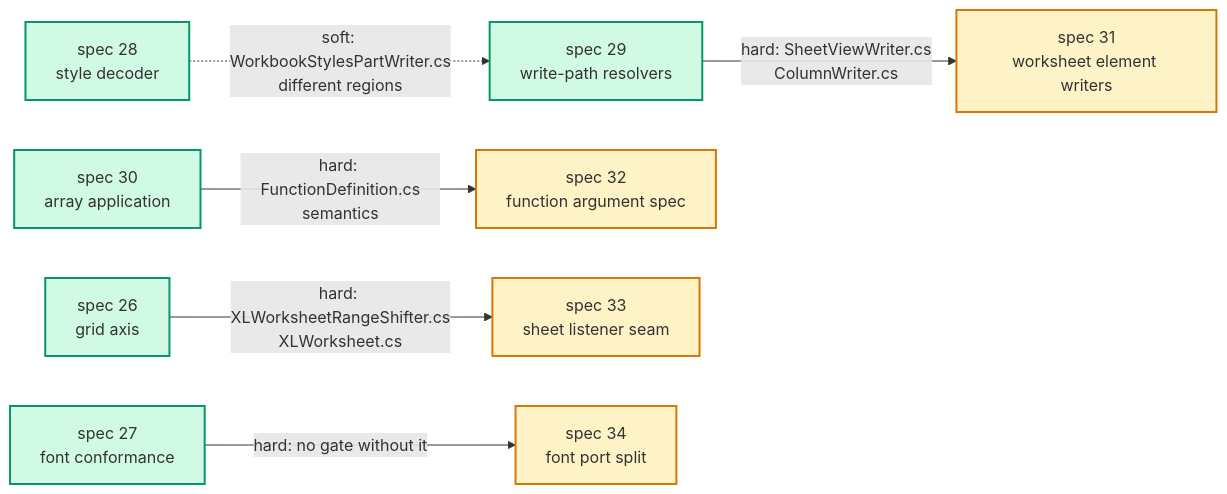
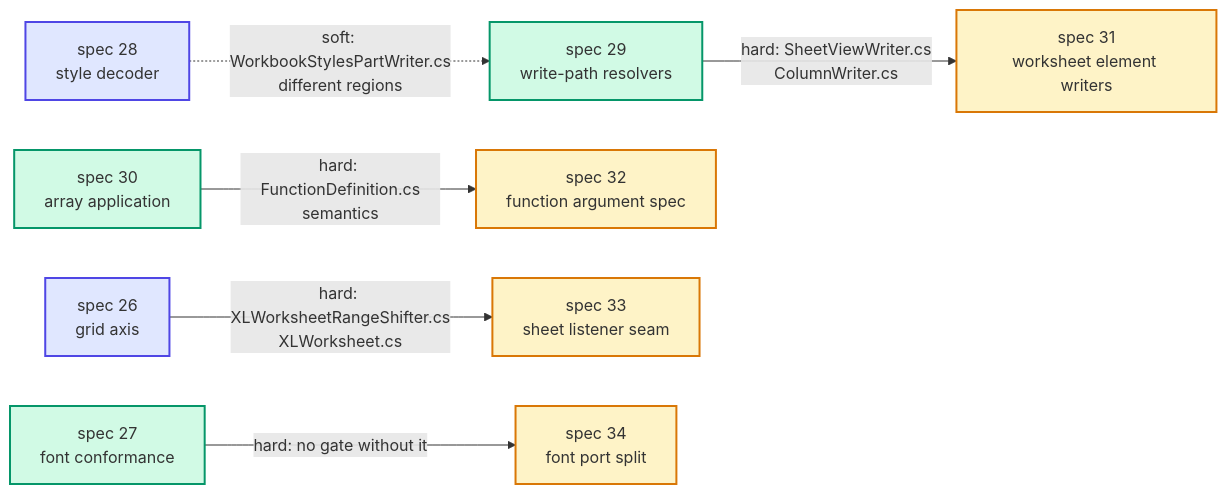
Before and after one commit to XLibur/XLibur: the diagram in docs/specs/TASKLIST-architecture-deepening-2.md, drawn with Mermaid. The commit also changed other lines of this file and 13 other files, not shown here.

````diff
--- a/docs/specs/TASKLIST-architecture-deepening-2.md
+++ b/docs/specs/TASKLIST-architecture-deepening-2.md
@@ -210,21 +241,22 @@
 ```mermaid
 flowchart LR
-  S26["spec 26<br/>grid axis"]:::ready
+  S26["spec 26<br/>grid axis"]:::done
   S27["spec 27<br/>font conformance"]:::ready
-  S28["spec 28<br/>style decoder"]:::ready
+  S28["spec 28<br/>style decoder"]:::done
   S29["spec 29<br/>write-path resolvers"]:::ready
   S30["spec 30<br/>array application"]:::ready
   S31["spec 31<br/>worksheet element writers"]:::blocked
   S32["spec 32<br/>function argument spec"]:::blocked
   S33["spec 33<br/>sheet listener seam"]:::blocked
   S34["spec 34<br/>font port split"]:::blocked
 
   S26 -->|"hard: XLWorksheetRangeShifter.cs<br/>XLWorksheet.cs"| S33
   S27 -->|"hard: no gate without it"| S34
   S29 -->|"hard: SheetViewWriter.cs<br/>ColumnWriter.cs"| S31
   S30 -->|"hard: FunctionDefinition.cs<br/>semantics"| S32
   S28 -.->|"soft: WorkbookStylesPartWriter.cs<br/>different regions"| S29
 
+  classDef done fill:#e0e7ff,stroke:#4f46e5,stroke-width:2px;
   classDef ready fill:#d1fae5,stroke:#059669,stroke-width:2px;
   classDef blocked fill:#fef3c7,stroke:#d97706,stroke-width:2px;
 ```
````
